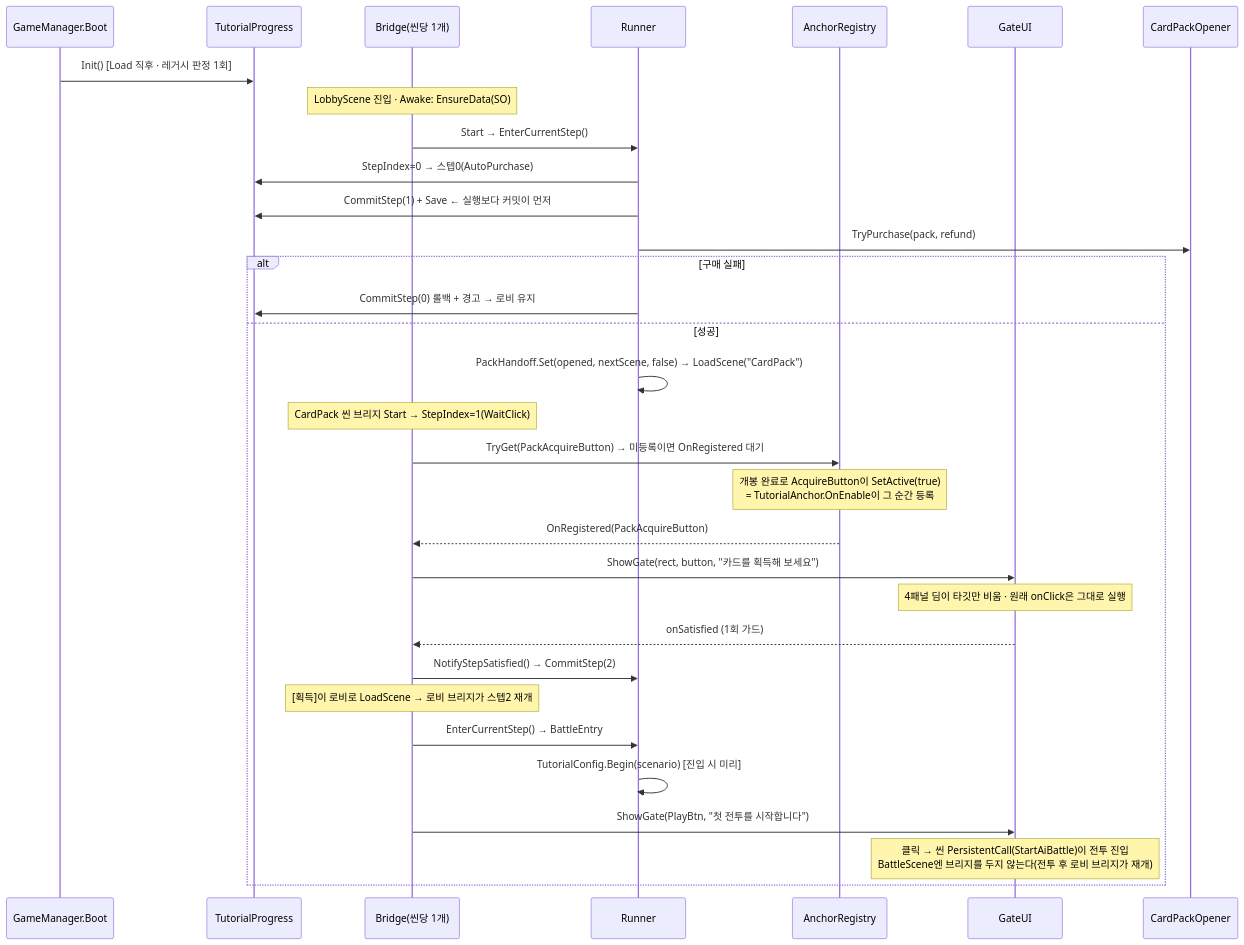
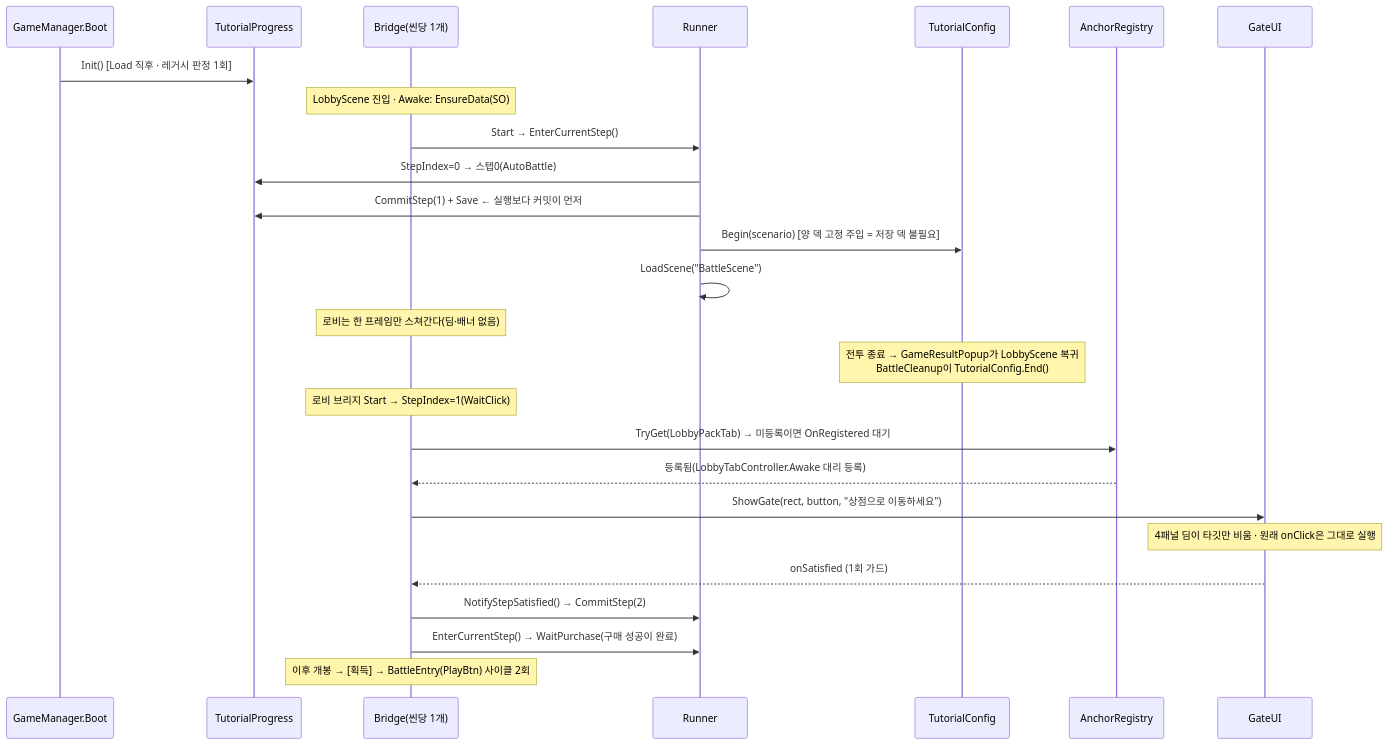
Before and after one commit to hspark-maker/TeamfightTCG_Migriation: diagram 15 of 18 in docs/OutGamePlan/STRUCTURE.md, drawn with Mermaid. The commit also changed other lines of this file and 8 other files, not shown here.

````diff
--- a/docs/OutGamePlan/STRUCTURE.md
+++ b/docs/OutGamePlan/STRUCTURE.md
@@ -715,35 +718,30 @@
 ```mermaid
 sequenceDiagram
     participant GM as GameManager.Boot
     participant PRG as TutorialProgress
     participant BRG as Bridge(씬당 1개)
     participant RUN as Runner
+    participant TUT as TutorialConfig
     participant REG as AnchorRegistry
     participant GATE as GateUI
-    participant OP as CardPackOpener
 
     GM->>PRG: Init() [Load 직후 · 레거시 판정 1회]
     Note over BRG: LobbyScene 진입 · Awake: EnsureData(SO)
     BRG->>RUN: Start → EnterCurrentStep()
-    RUN->>PRG: StepIndex=0 → 스텝0(AutoPurchase)
+    RUN->>PRG: StepIndex=0 → 스텝0(AutoBattle)
     RUN->>PRG: CommitStep(1) + Save  ← 실행보다 커밋이 먼저
-    RUN->>OP: TryPurchase(pack, refund)
-    alt 구매 실패
-        RUN->>PRG: CommitStep(0) 롤백 + 경고 → 로비 유지
-    else 성공
-        RUN->>RUN: PackHandoff.Set(opened, nextScene, false) → LoadScene("CardPack")
-        Note over BRG: CardPack 씬 브리지 Start → StepIndex=1(WaitClick)
-        BRG->>REG: TryGet(PackAcquireButton) → 미등록이면 OnRegistered 대기
-        Note over REG: 개봉 완료로 AcquireButton이 SetActive(true)<br/>= TutorialAnchor.OnEnable이 그 순간 등록
-        REG-->>BRG: OnRegistered(PackAcquireButton)
-        BRG->>GATE: ShowGate(rect, button, "카드를 획득해 보세요")
-        Note over GATE: 4패널 딤이 타깃만 비움 · 원래 onClick은 그대로 실행
-        GATE-->>BRG: onSatisfied (1회 가드)
-        BRG->>RUN: NotifyStepSatisfied() → CommitStep(2)
-        Note over BRG: [획득]이 로비로 LoadScene → 로비 브리지가 스텝2 재개
-        BRG->>RUN: EnterCurrentStep() → BattleEntry
-        RUN->>RUN: TutorialConfig.Begin(scenario) [진입 시 미리]
-        BRG->>GATE: ShowGate(PlayBtn, "첫 전투를 시작합니다")
-        Note over GATE: 클릭 → 씬 PersistentCall(StartAiBattle)이 전투 진입<br/>BattleScene엔 브리지를 두지 않는다(전투 후 로비 브리지가 재개)
-    end
+    RUN->>TUT: Begin(scenario) [양 덱 고정 주입 = 저장 덱 불필요]
+    RUN->>RUN: LoadScene("BattleScene")
+    Note over BRG: 로비는 한 프레임만 스쳐간다(딤·배너 없음)
+    Note over TUT: 전투 종료 → GameResultPopup가 LobbyScene 복귀<br/>BattleCleanup이 TutorialConfig.End()
+
+    Note over BRG: 로비 브리지 Start → StepIndex=1(WaitClick)
+    BRG->>REG: TryGet(LobbyPackTab) → 미등록이면 OnRegistered 대기
+    REG-->>BRG: 등록됨(LobbyTabController.Awake 대리 등록)
+    BRG->>GATE: ShowGate(rect, button, "상점으로 이동하세요")
+    Note over GATE: 4패널 딤이 타깃만 비움 · 원래 onClick은 그대로 실행
+    GATE-->>BRG: onSatisfied (1회 가드)
+    BRG->>RUN: NotifyStepSatisfied() → CommitStep(2)
+    BRG->>RUN: EnterCurrentStep() → WaitPurchase(구매 성공이 완료)
+    Note over BRG: 이후 개봉 → [획득] → BattleEntry(PlayBtn) 사이클 2회
 ```
````
